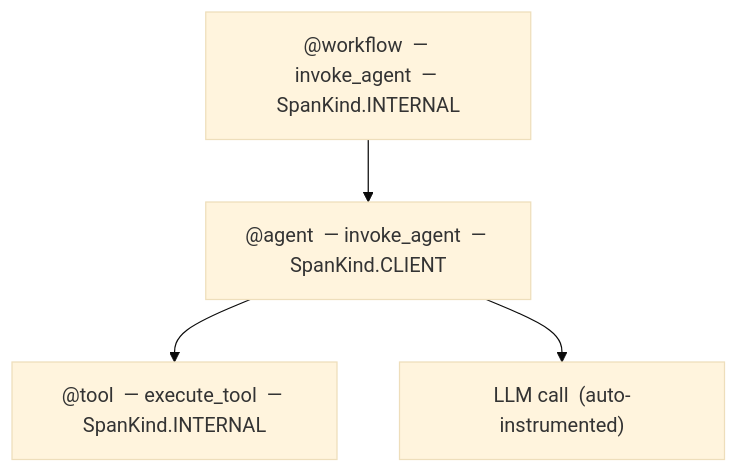
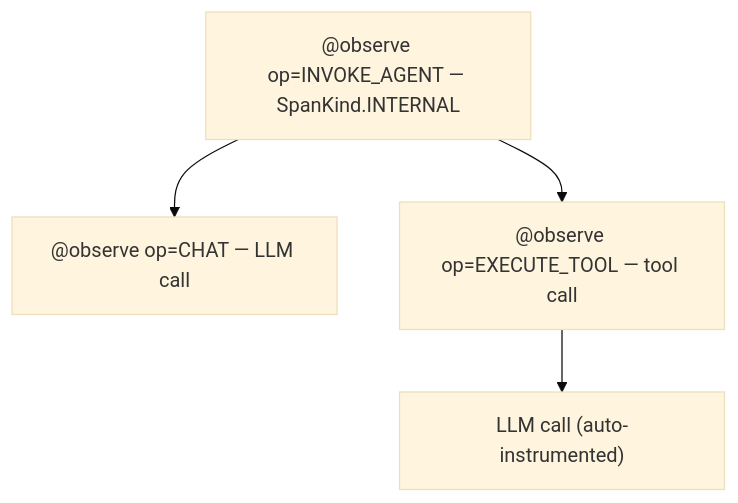
Before and after one commit to opensearch-project/observability-stack: the diagram in docs/starlight-docs/src/content/docs/sdks/python.mdx, drawn with Mermaid (base theme). The commit also changed other lines of this file and 4 other files, not shown here.

````diff
--- a/docs/starlight-docs/src/content/docs/sdks/python.mdx
+++ b/docs/starlight-docs/src/content/docs/sdks/python.mdx
@@ -148,6 +206,6 @@
 ```mermaid
 flowchart TD
-    A["@workflow  — invoke_agent  — SpanKind.INTERNAL"] --> B["@agent  — invoke_agent  — SpanKind.CLIENT"]
-    B --> C["@tool  — execute_tool  — SpanKind.INTERNAL"]
-    B --> D["LLM call  (auto-instrumented)"]
+    A["@observe op=INVOKE_AGENT — SpanKind.INTERNAL"] --> B["@observe op=CHAT — LLM call"]
+    A --> C["@observe op=EXECUTE_TOOL — tool call"]
+    C --> D["LLM call (auto-instrumented)"]
 ```
````
